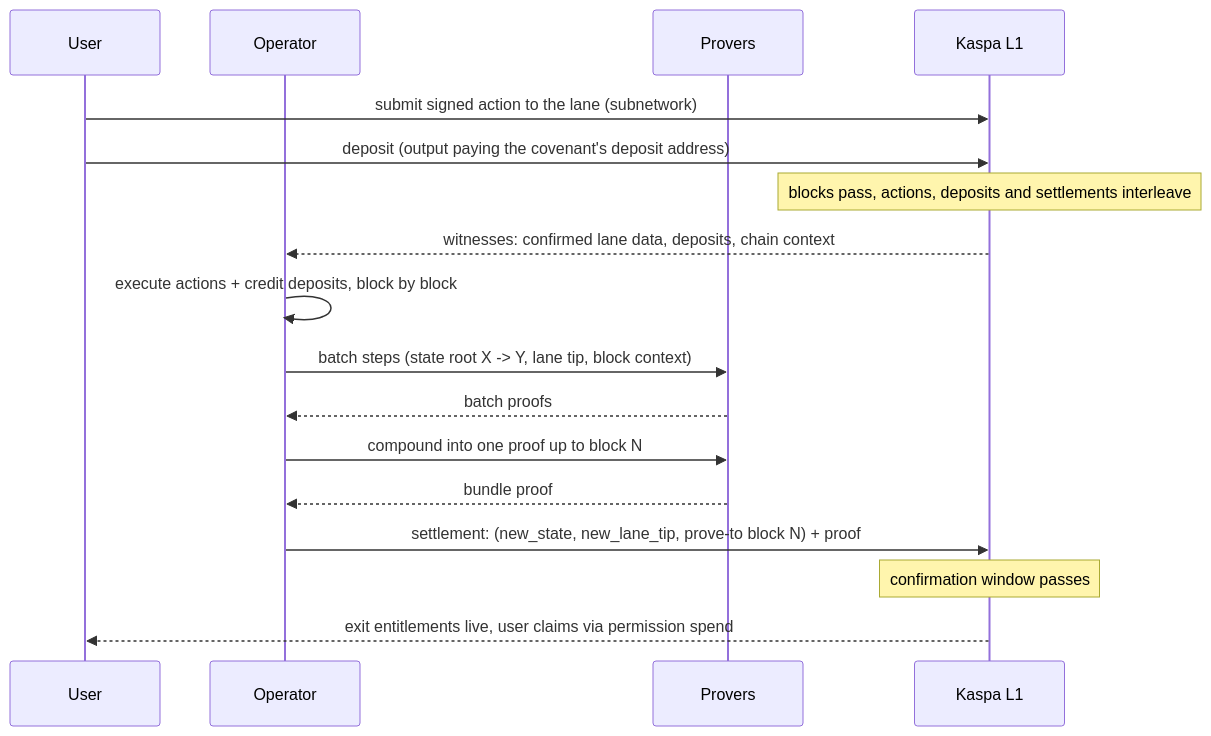
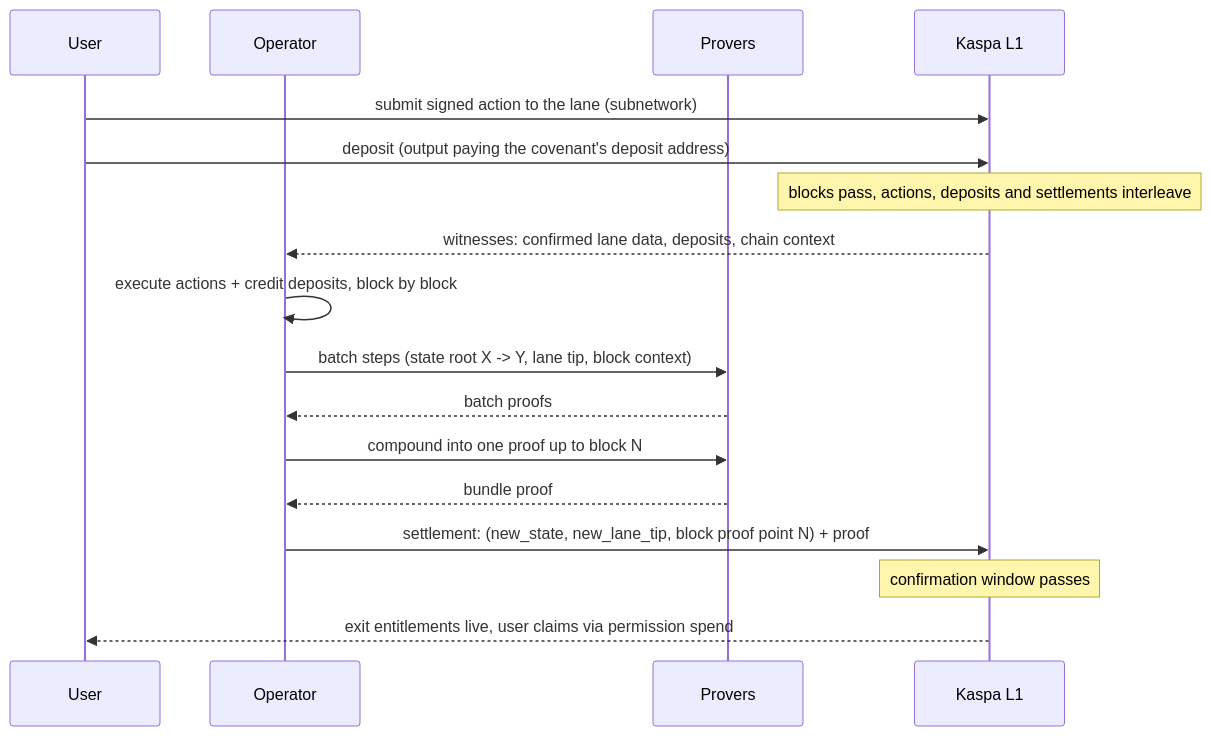
The second of 2 diagrams in src/chaining.md (biryukovmaxim/vprogs-workshop), drawn with Mermaid before and after one commit. The commit also changed other lines of this file and 3 other files, not shown here.

````diff
--- a/src/chaining.md
+++ b/src/chaining.md
@@ -54,20 +54,20 @@
 ```mermaid
 sequenceDiagram
     participant U as User
     participant OP as Operator
     participant P as Provers
     participant L1 as Kaspa L1
 
     U->>L1: submit signed action to the lane (subnetwork)
     U->>L1: deposit (output paying the covenant's deposit address)
     Note over L1: blocks pass, actions, deposits and settlements interleave
     L1-->>OP: witnesses: confirmed lane data, deposits, chain context
     OP->>OP: execute actions + credit deposits, block by block
     OP->>P: batch steps (state root X -> Y, lane tip, block context)
     P-->>OP: batch proofs
     OP->>P: compound into one proof up to block N
     P-->>OP: bundle proof
-    OP->>L1: settlement: (new_state, new_lane_tip, prove-to block N) + proof
+    OP->>L1: settlement: (new_state, new_lane_tip, block proof point N) + proof
     Note over L1: confirmation window passes
     L1-->>U: exit entitlements live, user claims via permission spend
 ```
````
